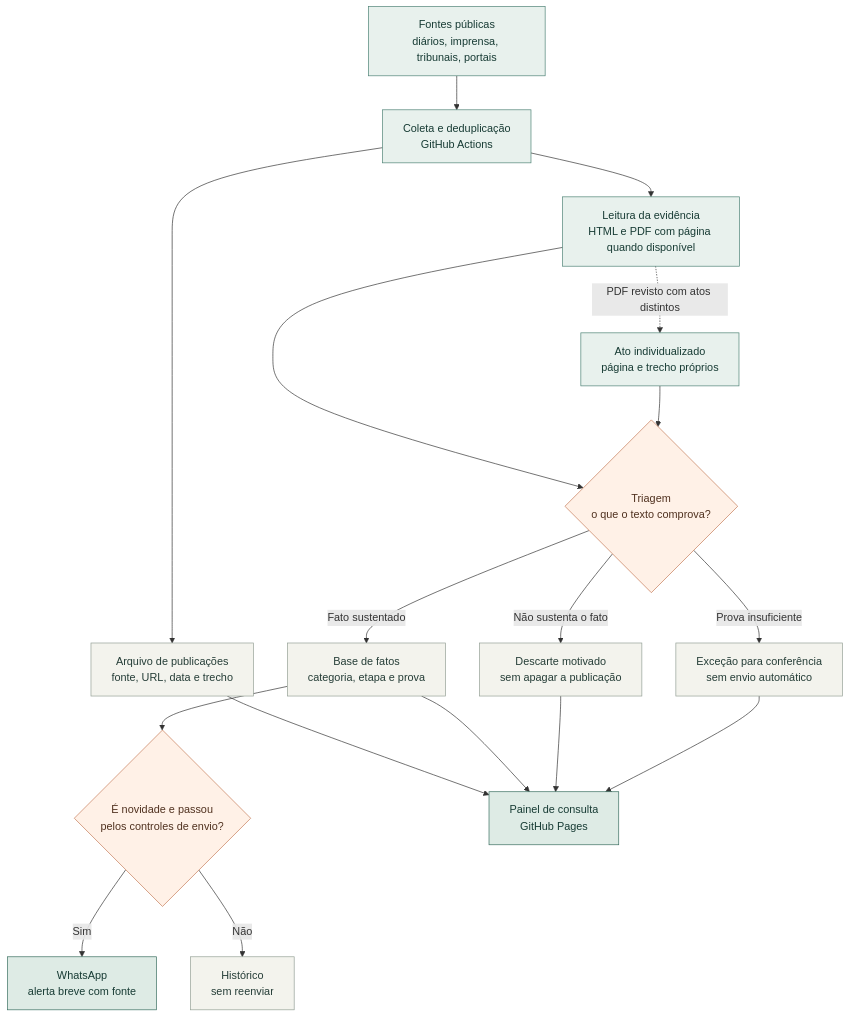
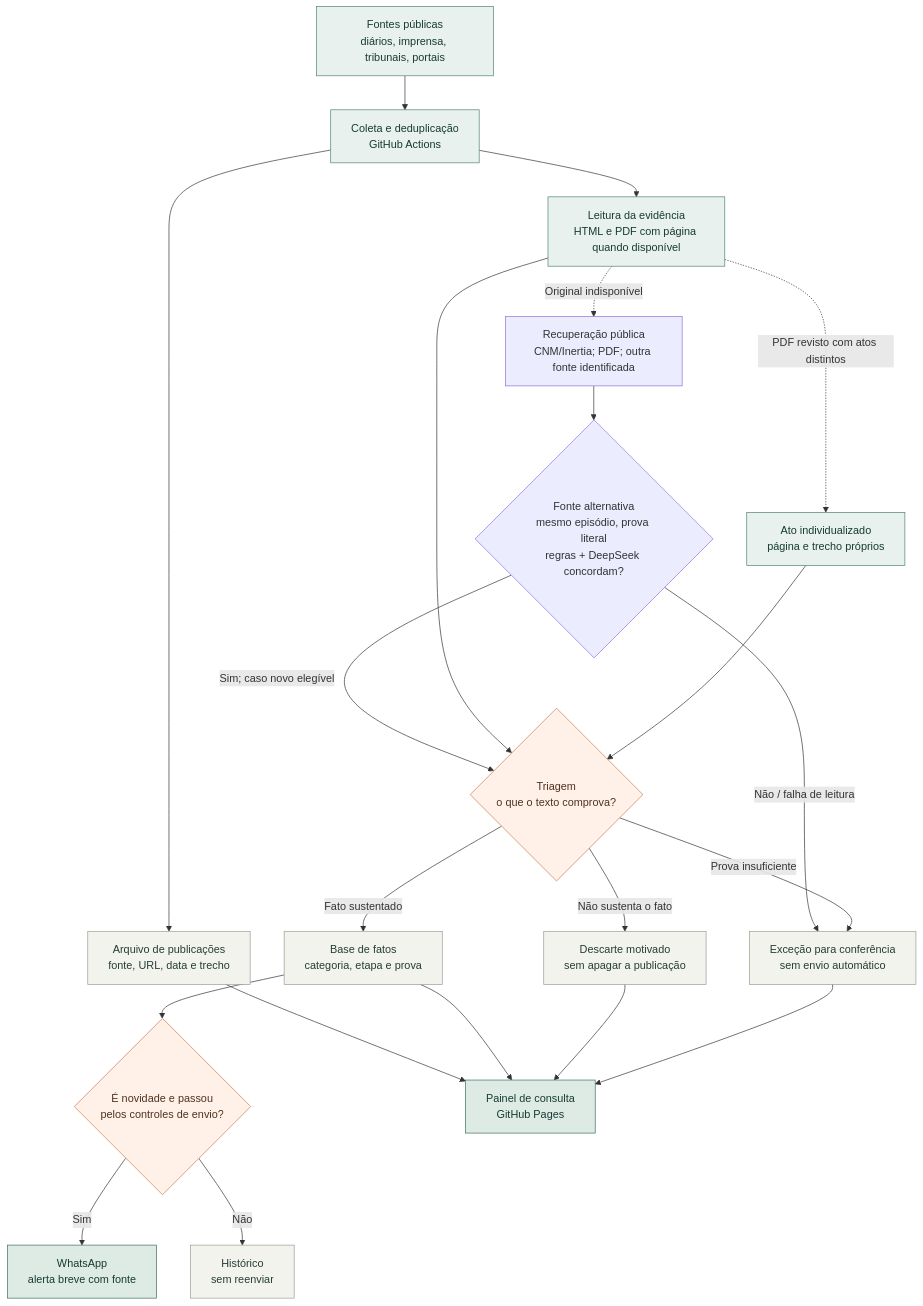
The diagram in README.md (driano1221/radar-consorcios-whatsapp), drawn with Mermaid before and after one commit. The commit also changed other lines of this file and 12 other files, not shown here.

````diff
--- a/README.md
+++ b/README.md
@@ -30,27 +30,31 @@
 ```mermaid
 flowchart TD
     F["Fontes públicas<br/>diários, imprensa, tribunais, portais"] --> C["Coleta e deduplicação<br/>GitHub Actions"]
     C --> H["Arquivo de publicações<br/>fonte, URL, data e trecho"]
     C --> L["Leitura da evidência<br/>HTML e PDF com página quando disponível"]
+    L -. "Original indisponível" .-> R["Recuperação pública<br/>CNM/Inertia; PDF; outra fonte identificada"]
+    R --> V{"Fonte alternativa<br/>mesmo episódio, prova literal<br/>regras + DeepSeek concordam?"}
+    V -->|"Sim; caso novo elegível"| T
+    V -->|"Não / falha de leitura"| E
     L --> T{"Triagem<br/>o que o texto comprova?"}
     L -. "PDF revisto com atos distintos" .-> A["Ato individualizado<br/>página e trecho próprios"]
     A --> T
     T -->|"Fato sustentado"| B["Base de fatos<br/>categoria, etapa e prova"]
     T -->|"Não sustenta o fato"| D["Descarte motivado<br/>sem apagar a publicação"]
     T -->|"Prova insuficiente"| E["Exceção para conferência<br/>sem envio automático"]
     B --> G{"É novidade e passou<br/>pelos controles de envio?"}
     G -->|Sim| W["WhatsApp<br/>alerta breve com fonte"]
     G -->|Não| N["Histórico<br/>sem reenviar"]
     H --> P["Painel de consulta<br/>GitHub Pages"]
     B --> P
     D --> P
     E --> P
     classDef source fill:#e8f1ed,stroke:#4d8275,color:#173b34;
     classDef decision fill:#fff1e7,stroke:#c47a56,color:#50311f;
     classDef record fill:#f3f3ed,stroke:#939f95,color:#253d37;
     classDef output fill:#deebe5,stroke:#376d5e,color:#173b34;
     class F,C,L,A source;
     class T,G decision;
     class H,B,D,E,N record;
     class W,P output;
 ```
````
